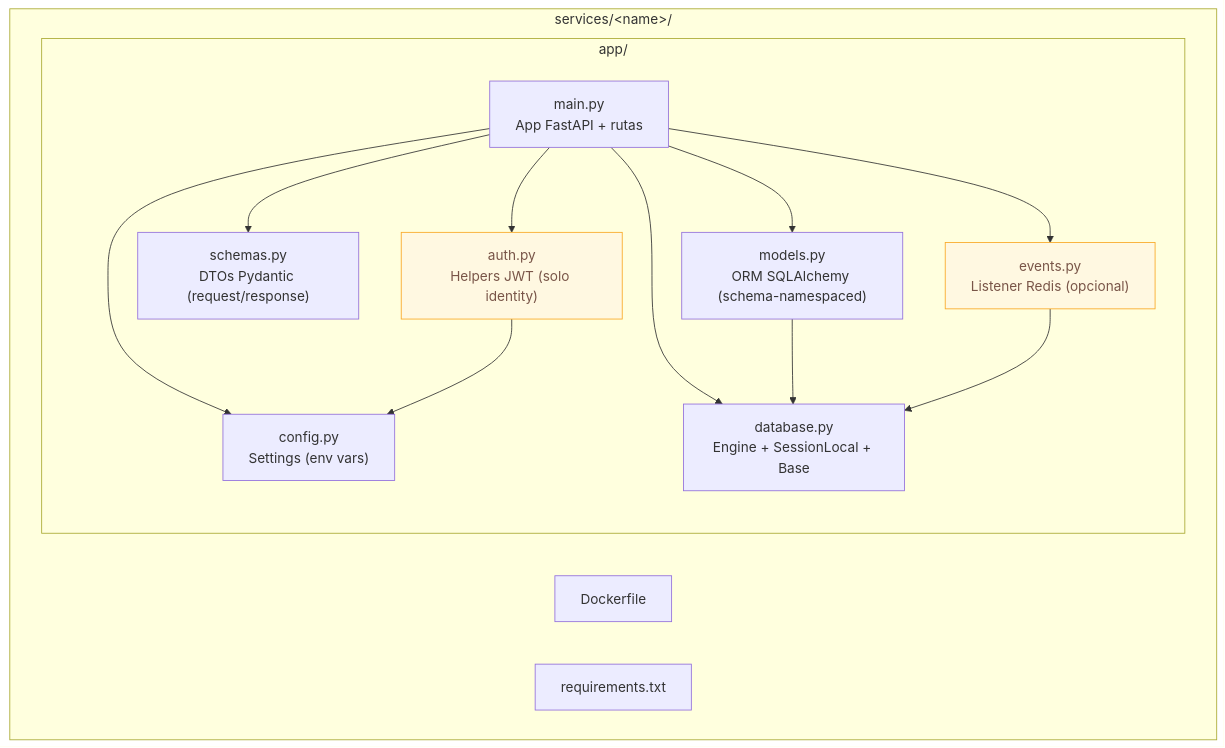
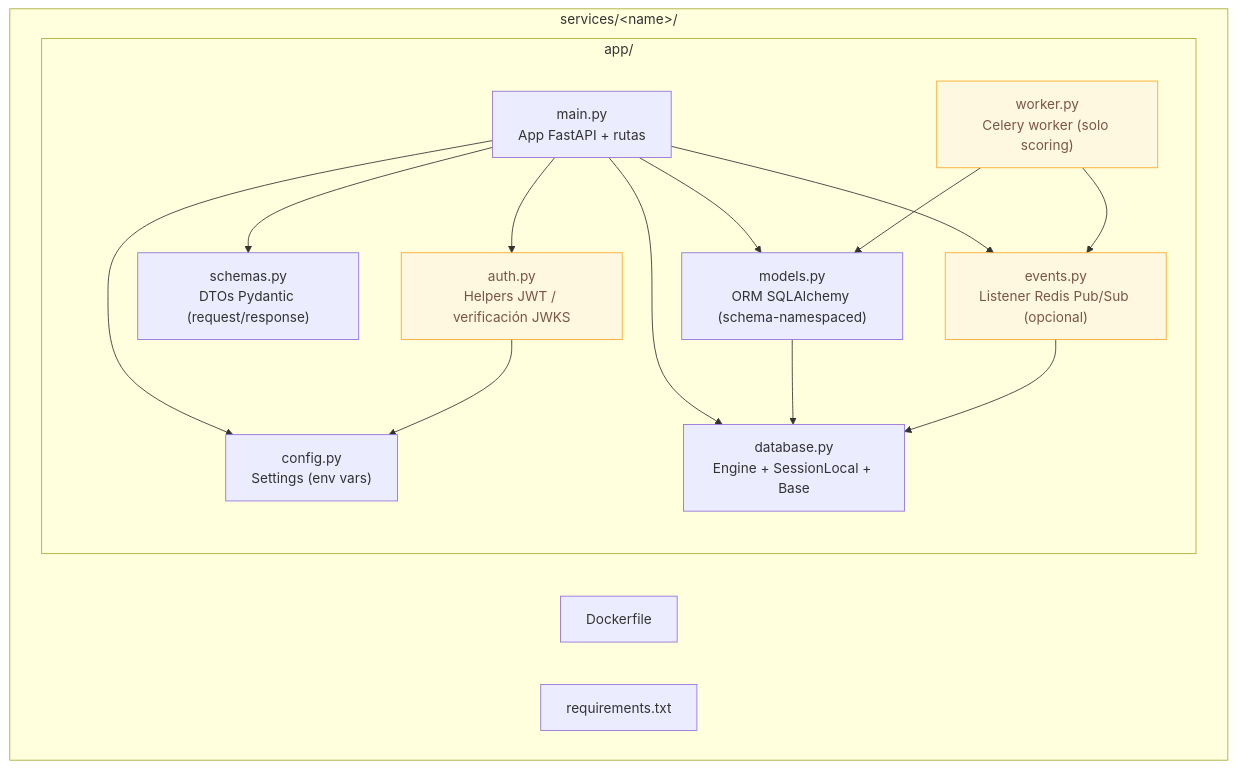
The second of 3 diagrams in docs/Diagrama-Estructura.md (facupeletay/Fonia_Back), drawn with Mermaid before and after one commit. The commit also changed other lines of this file and 34 other files, not shown here.

````diff
--- a/docs/Diagrama-Estructura.md
+++ b/docs/Diagrama-Estructura.md
@@ -76,29 +103,32 @@
 ```mermaid
 flowchart TB
     subgraph SVC["services/&lt;name&gt;/"]
         DF["Dockerfile"]
         RQ["requirements.txt"]
         subgraph APP["app/"]
             CFG["config.py<br/>Settings (env vars)"]
             DB["database.py<br/>Engine + SessionLocal + Base"]
             MOD["models.py<br/>ORM SQLAlchemy (schema-namespaced)"]
             SCH["schemas.py<br/>DTOs Pydantic (request/response)"]
             MN["main.py<br/>App FastAPI + rutas"]
-            EV["events.py<br/>Listener Redis (opcional)"]
-            AU["auth.py<br/>Helpers JWT (solo identity)"]
+            EV["events.py<br/>Listener Redis Pub/Sub (opcional)"]
+            AU["auth.py<br/>Helpers JWT / verificación JWKS"]
+            WK["worker.py<br/>Celery worker (solo scoring)"]
         end
     end
 
     MN --> CFG
     MN --> DB
     MN --> MOD
     MN --> SCH
     MN --> EV
     MN --> AU
     MOD --> DB
     EV --> DB
     AU --> CFG
+    WK --> MOD
+    WK --> EV
 
     classDef opt fill:#fff8e1,stroke:#f9a825,color:#795548;
-    class EV,AU opt;
+    class EV,AU,WK opt;
 ```
````
